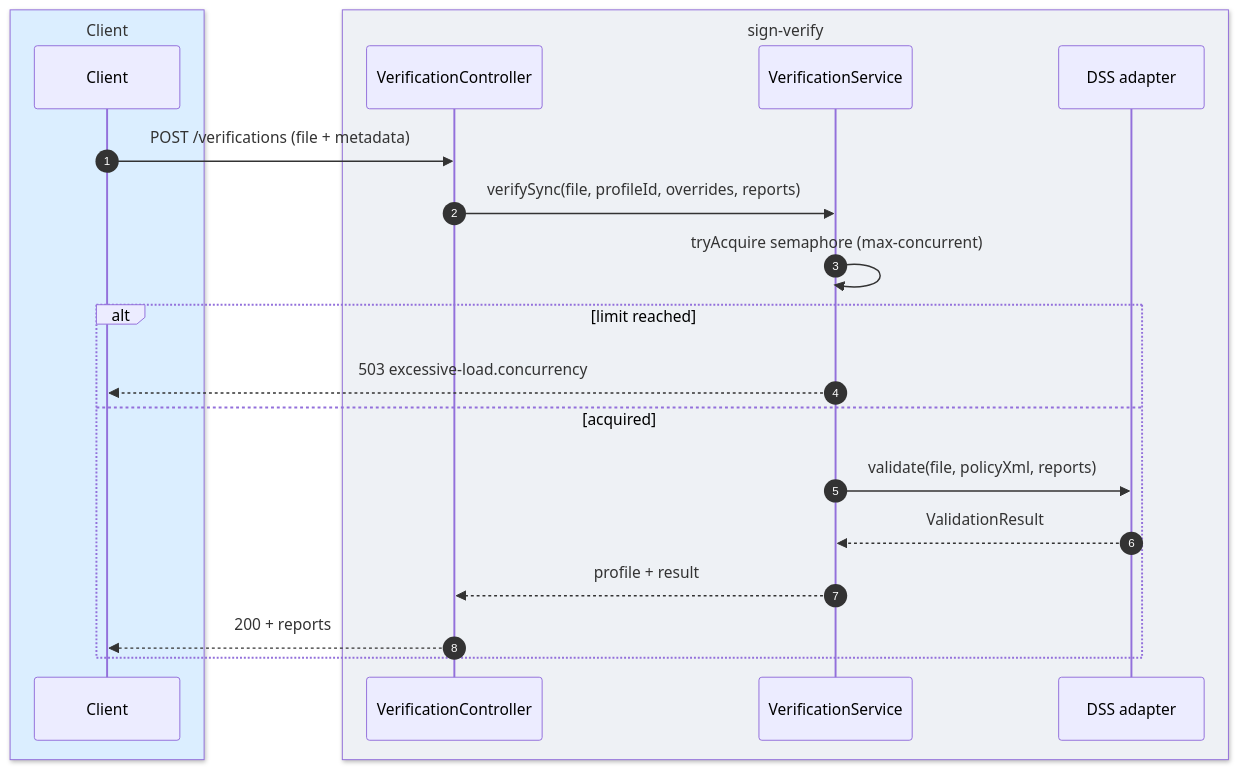
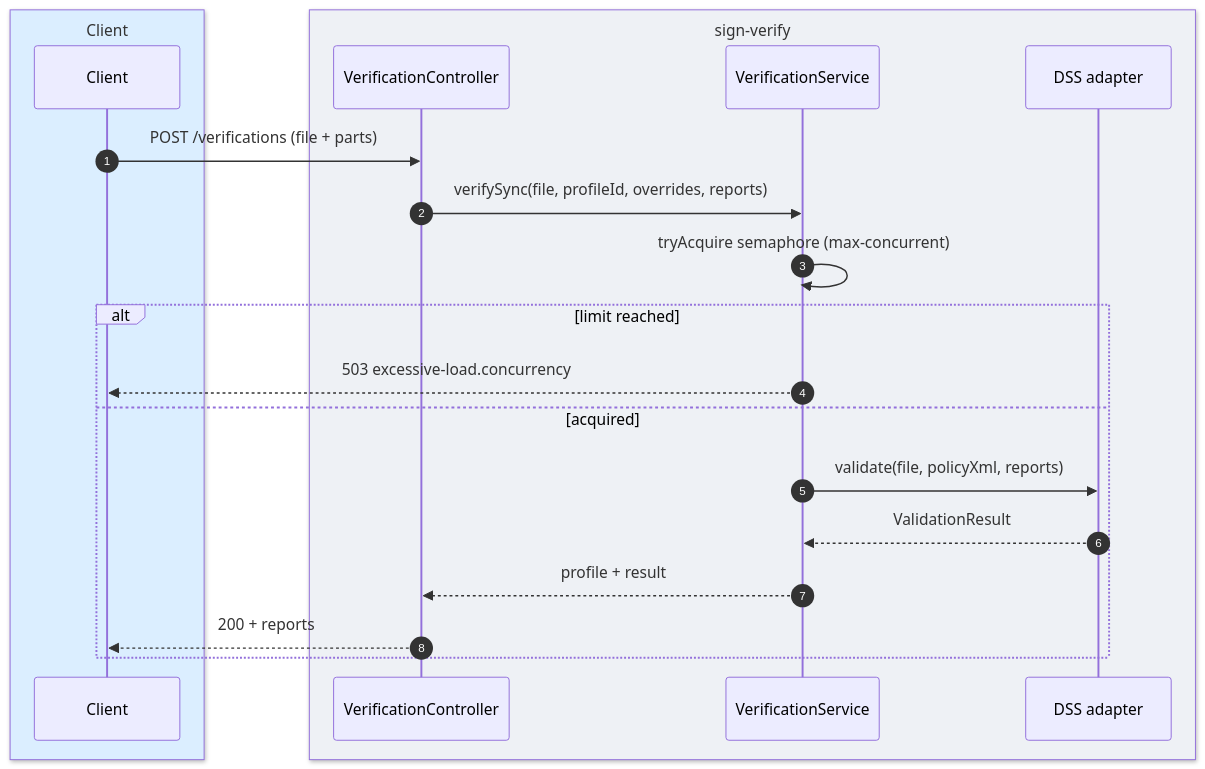
The second of 4 diagrams in docs/en/05-signature-verification.md (toresoft/sign-verify), drawn with Mermaid before and after one commit. The commit also changed other lines of this file and 5 other files, not shown here.

First line of the commit message:
docs: document dedicated multipart parts for verification metadata

````diff
--- a/docs/en/05-signature-verification.md
+++ b/docs/en/05-signature-verification.md
@@ -436,23 +448,23 @@
 ```mermaid
 sequenceDiagram
     autonumber
     box rgb(219,238,255) Client
     participant C as Client
     end
     box rgb(238,241,245) sign-verify
     participant V as VerificationController
     participant S as VerificationService
     participant D as DSS adapter
     end
-    C->>V: POST /verifications (file + metadata)
+    C->>V: POST /verifications (file + parts)
     V->>S: verifySync(file, profileId, overrides, reports)
     S->>S: tryAcquire semaphore (max-concurrent)
     alt limit reached
         S-->>C: 503 excessive-load.concurrency
     else acquired
         S->>D: validate(file, policyXml, reports)
         D-->>S: ValidationResult
         S-->>V: profile + result
         V-->>C: 200 + reports
     end
 ```
````
